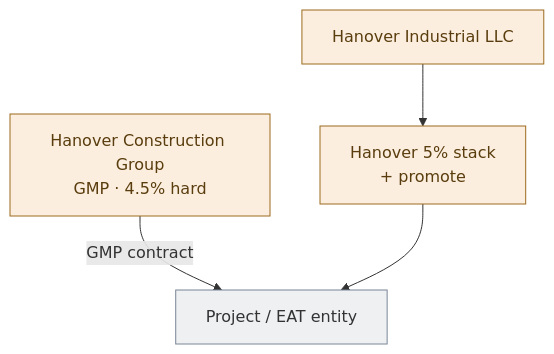
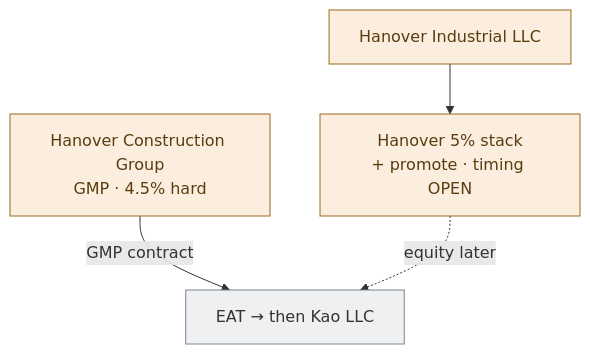
Before and after one commit to EthanCow/North-Forsyth-1031-Diagrams: the tenth of 14 diagrams in North_Forsyth_1031_Diagrams.md, drawn with Mermaid. The commit also changed other lines of this file and 4 other files, not shown here.

Commit message:
Add party-by-party step diagrams and Sept 15 timeline.

````diff
--- a/North_Forsyth_1031_Diagrams.md
+++ b/North_Forsyth_1031_Diagrams.md
@@ -181,12 +419,12 @@
 ```mermaid
 flowchart TB
   HIND["Hanover Industrial LLC"]:::han
   GC["Hanover Construction Group\nGMP · 4.5% hard"]:::han
-  H5["Hanover 5% stack\n+ promote"]:::han
-  PROJ["Project / EAT entity"]:::neutral
+  H5["Hanover 5% stack\n+ promote · timing OPEN"]:::han
+  PROJ["EAT → then Kao LLC"]:::neutral
   HIND --> H5
   GC -->|"GMP contract"| PROJ
-  H5 --> PROJ
+  H5 -.->|"equity later"| PROJ
   classDef han fill:#fbeede,stroke:#9c6b1e,color:#5a3d0e;
   classDef neutral fill:#eef0f2,stroke:#7a8696,color:#333;
 ```
````
